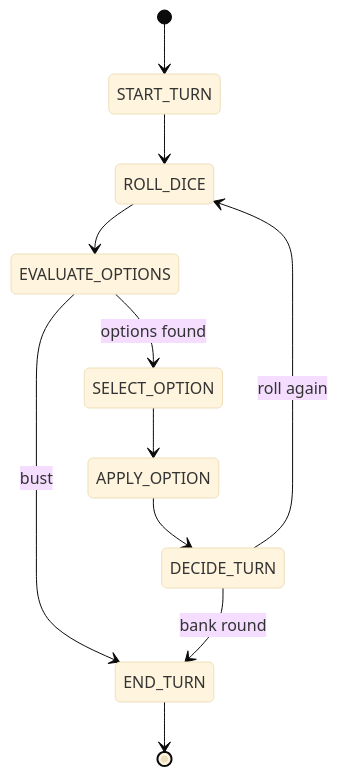
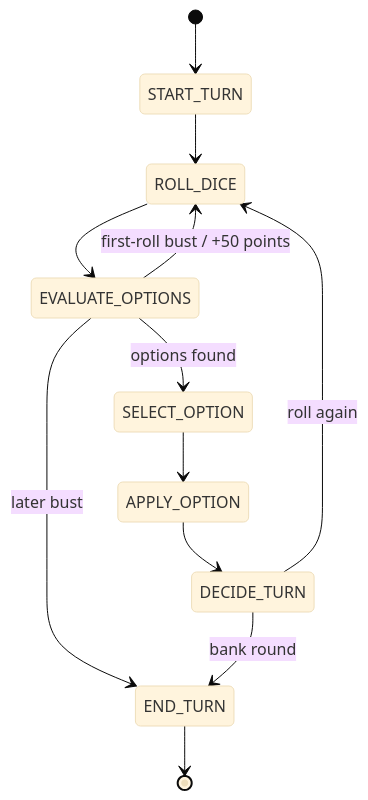
One commit to Jacoba1100254352/Zilch-Basic changed the second of 2 diagrams in README.md. Above: the diagram before and after it, drawn with Mermaid (base theme). The commit also changed other lines of this file and 16 other files, not shown here.

Commit message:
Make first-roll bust configurable

````diff
--- a/README.md
+++ b/README.md
@@ -153,13 +153,14 @@
 ```mermaid
 stateDiagram-v2
     [*] --> START_TURN
     START_TURN --> ROLL_DICE
     ROLL_DICE --> EVALUATE_OPTIONS
-    EVALUATE_OPTIONS --> END_TURN: bust
+    EVALUATE_OPTIONS --> ROLL_DICE: first-roll bust / +50 points
+    EVALUATE_OPTIONS --> END_TURN: later bust
     EVALUATE_OPTIONS --> SELECT_OPTION: options found
     SELECT_OPTION --> APPLY_OPTION
     APPLY_OPTION --> DECIDE_TURN
     DECIDE_TURN --> ROLL_DICE: roll again
     DECIDE_TURN --> END_TURN: bank round
     END_TURN --> [*]
 ```
````
